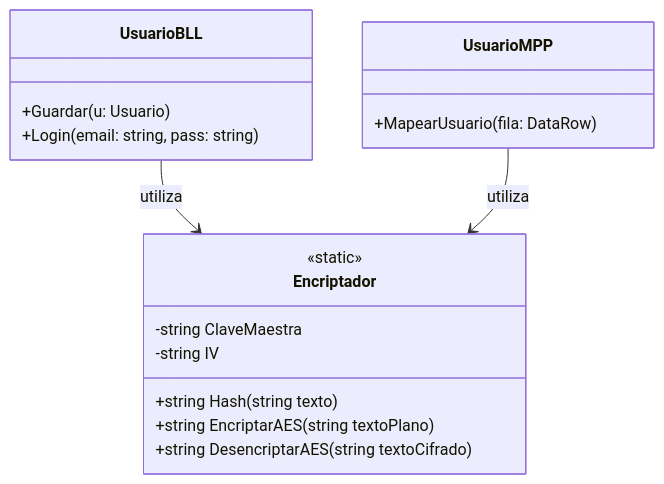
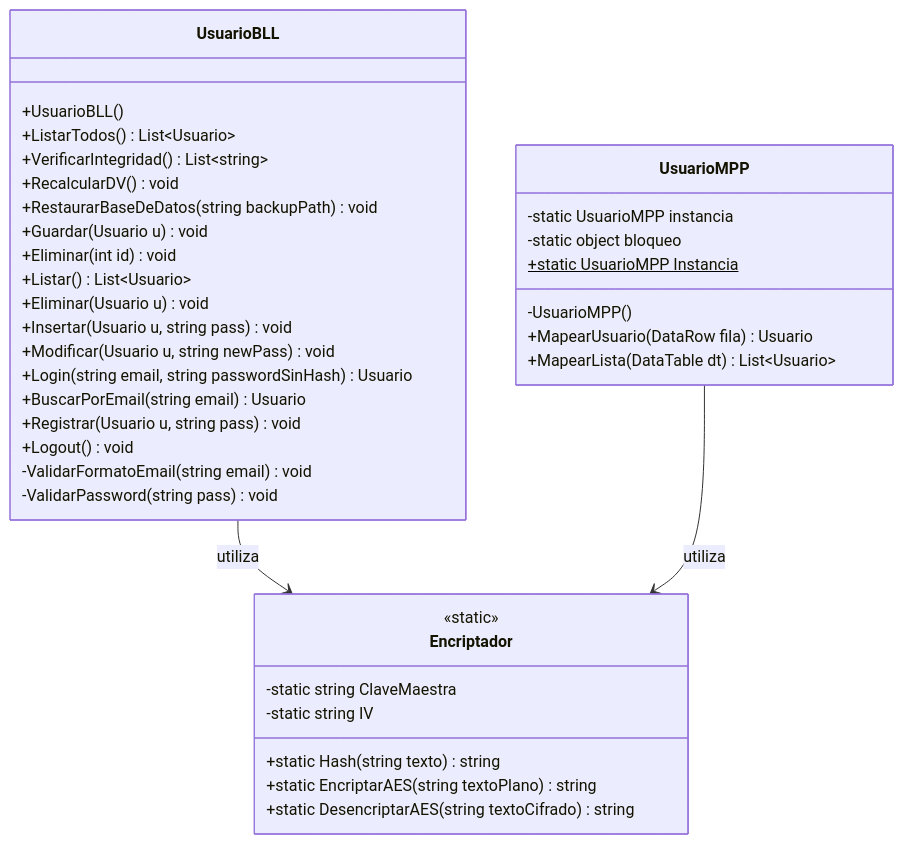
One commit to condenl/Trabajo-Practico-Final changed the tenth of 19 diagrams in Documentacion/Carpeta_Documentacion.md. Above: the diagram before and after it, drawn with Mermaid. The commit also changed other lines of this file and 3 other files, not shown here.

Commit message:
Cambios: + Diagramas de clase - indicar todos los metodos + DS incluir firmas + Agregar alta de idioma DS + Agregar idioma y cerrar sesion, reflejar cambios + Mantener el idioma seleccionado

````diff
--- a/Documentacion/Carpeta_Documentacion.md
+++ b/Documentacion/Carpeta_Documentacion.md
@@ -2174,23 +2240,43 @@
 ```mermaid
 classDiagram
     class Encriptador {
         <<static>>
-        -string ClaveMaestra
-        -string IV
-        +string Hash(string texto)
-        +string EncriptarAES(string textoPlano)
-        +string DesencriptarAES(string textoCifrado)
+        -static string ClaveMaestra
+        -static string IV
+        +static Hash(string texto) string
+        +static EncriptarAES(string textoPlano) string
+        +static DesencriptarAES(string textoCifrado) string
     }
     
     class UsuarioBLL {
-        +Guardar(u: Usuario)
-        +Login(email: string, pass: string)
+        +UsuarioBLL()
+        +ListarTodos() List~Usuario~
+        +VerificarIntegridad() List~string~
+        +RecalcularDV() void
+        +RestaurarBaseDeDatos(string backupPath) void
+        +Guardar(Usuario u) void
+        +Eliminar(int id) void
+        +Listar() List~Usuario~
+        +Eliminar(Usuario u) void
+        +Insertar(Usuario u, string pass) void
+        +Modificar(Usuario u, string newPass) void
+        +Login(string email, string passwordSinHash) Usuario
+        +BuscarPorEmail(string email) Usuario
+        +Registrar(Usuario u, string pass) void
+        +Logout() void
+        -ValidarFormatoEmail(string email) void
+        -ValidarPassword(string pass) void
     }
     
     class UsuarioMPP {
-        +MapearUsuario(fila: DataRow)
+        -static UsuarioMPP instancia
+        -static object bloqueo
+        -UsuarioMPP()
+        +static UsuarioMPP Instancia$
+        +MapearUsuario(DataRow fila) Usuario
+        +MapearLista(DataTable dt) List~Usuario~
     }
 
     UsuarioBLL --> Encriptador : utiliza
     UsuarioMPP --> Encriptador : utiliza
 ```
````
